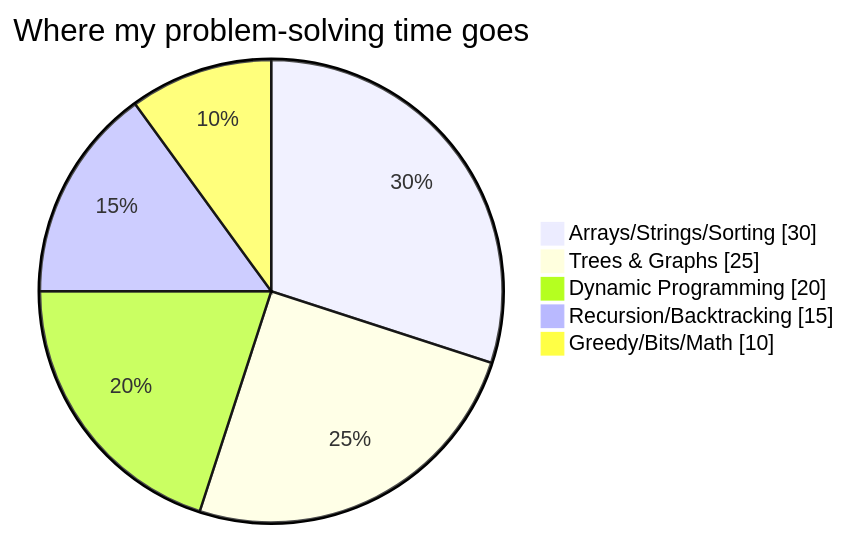
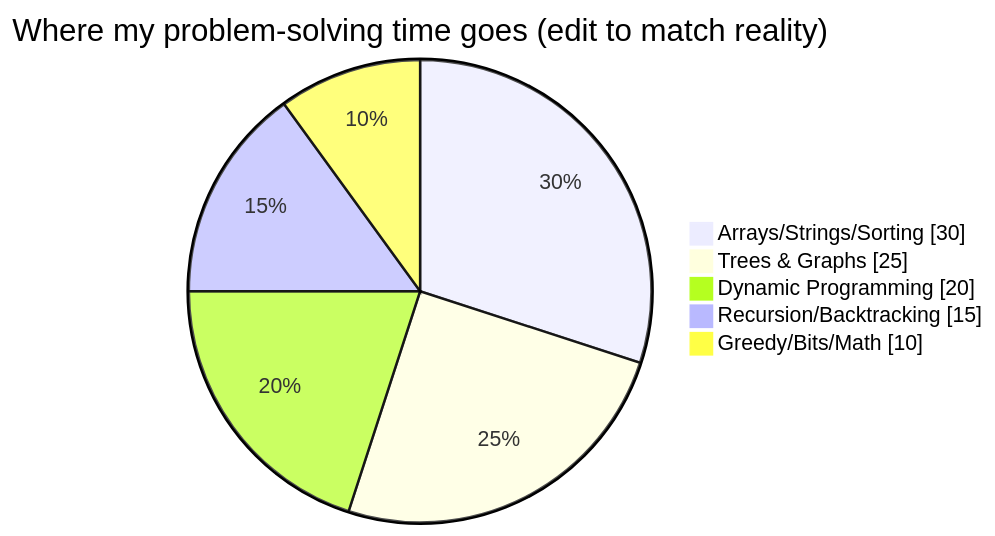
One commit to Abhay9889/Abhay9889 changed the second of 3 diagrams in README.md. Above: the diagram before and after it, drawn with Mermaid. The commit also changed other lines of this file, not shown here.

````diff
--- a/README.md
+++ b/README.md
@@ -105,8 +97,8 @@
 ```mermaid
-pie showData title Where my problem-solving time goes
+pie showData title Where my problem-solving time goes (edit to match reality)
     "Arrays/Strings/Sorting" : 30
     "Trees & Graphs" : 25
     "Dynamic Programming" : 20
     "Recursion/Backtracking" : 15
     "Greedy/Bits/Math" : 10
 ```
````
